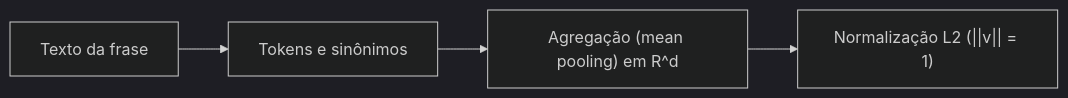
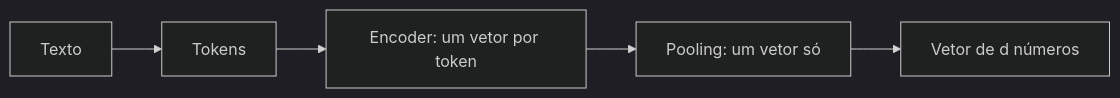
One commit to Lip3Bazinga/v0-level-usp-project changed the diagram in content/cursos/n7-engenharia-de-ia/03-embeddings-e-busca-vetorial/01-embeddings-de-texto.lvl.md. Above: the diagram before and after it, drawn with Mermaid (dark theme). The commit also changed other lines of this file and 9 other files, not shown here.

````diff
--- a/content/cursos/n7-engenharia-de-ia/03-embeddings-e-busca-vetorial/01-embeddings-de-texto.lvl.md
+++ b/content/cursos/n7-engenharia-de-ia/03-embeddings-e-busca-vetorial/01-embeddings-de-texto.lvl.md
@@ -25,6 +27,7 @@
 ```mermaid
 flowchart LR
-    A["Texto da frase"] --> B["Tokens e sinônimos"]
-    B --> C["Agregação (mean pooling) em R^d"]
-    C --> D["Normalização L2 (||v|| = 1)"]
+    A["Texto"] --> B["Tokens"]
+    B --> C["Encoder: um vetor por token"]
+    C --> D["Pooling: um vetor só"]
+    D --> E["Vetor de d números"]
 ```
````
